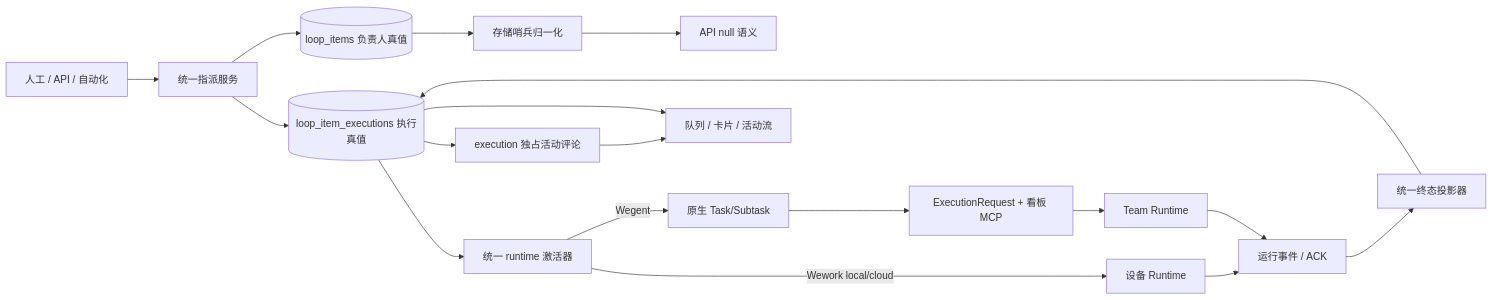
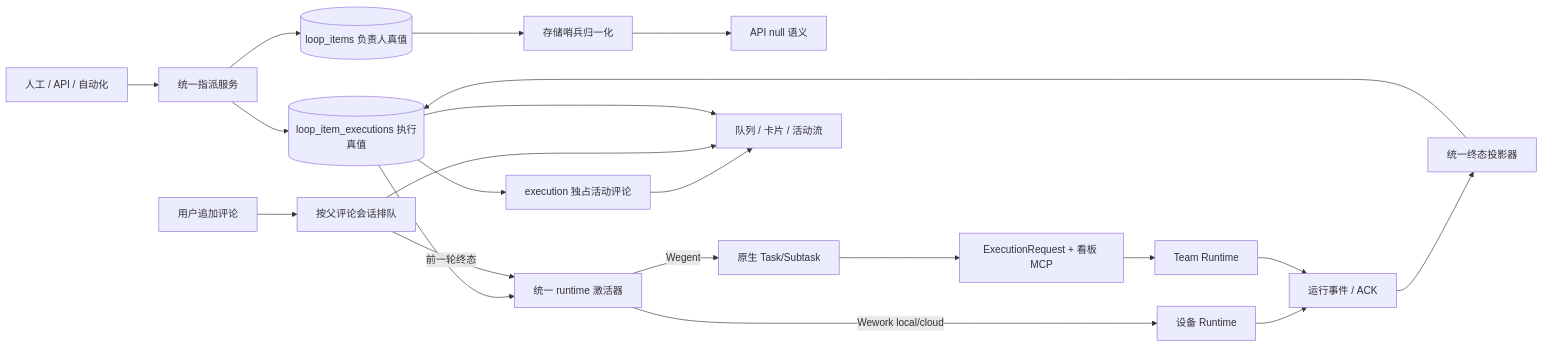
One commit to wecode-ai/Wegent changed the first of 2 diagrams in docs/zh/architecture/board-automation.md. Above: the diagram before and after it, drawn with Mermaid. The commit also changed other lines of this file and 6 other files, not shown here.

````diff
--- a/docs/zh/architecture/board-automation.md
+++ b/docs/zh/architecture/board-automation.md
@@ -9,20 +9,23 @@
 ```mermaid
 flowchart LR
     ENTRY[人工 / API / 自动化] --> ASSIGN[统一指派服务]
     ASSIGN --> ITEM[(loop_items 负责人真值)]
     ITEM --> NORMALIZE[存储哨兵归一化]
     NORMALIZE --> API[API null 语义]
     ASSIGN --> EXEC[(loop_item_executions 执行真值)]
     EXEC --> ACTIVITY[execution 独占活动评论]
     EXEC --> ACTIVATE[统一 runtime 激活器]
     ACTIVATE -->|Wework local/cloud| DEVICE[设备 Runtime]
     ACTIVATE -->|Wegent| TASK[原生 Task/Subtask]
     TASK --> REQUEST[ExecutionRequest + 看板 MCP]
     REQUEST --> TEAM[Team Runtime]
     DEVICE --> EVENT[运行事件 / ACK]
     TEAM --> EVENT
     EVENT --> PROJECT[统一终态投影器]
     PROJECT --> EXEC
+    USER_REPLY[用户追加评论] --> CONT_QUEUE[按父评论会话排队]
+    CONT_QUEUE -->|前一轮终态| ACTIVATE
     ACTIVITY --> VIEW[队列 / 卡片 / 活动流]
+    CONT_QUEUE --> VIEW
     EXEC --> VIEW
 ```
````
